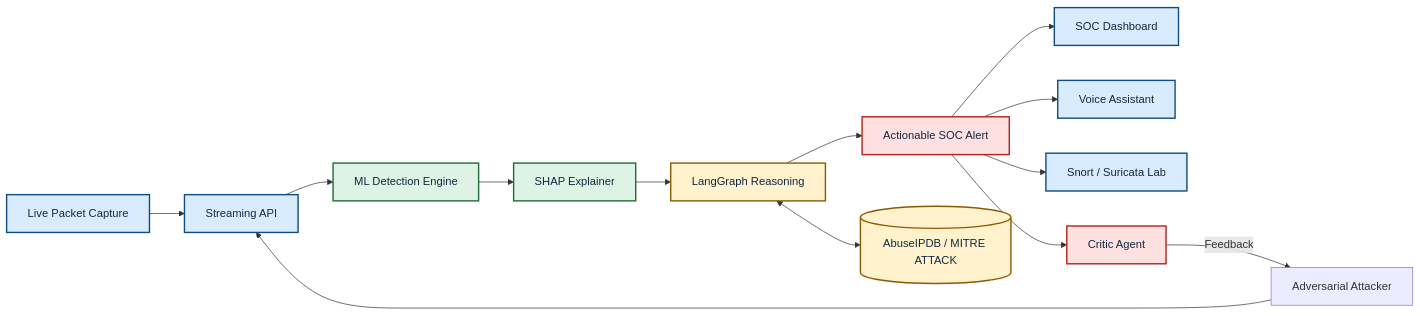
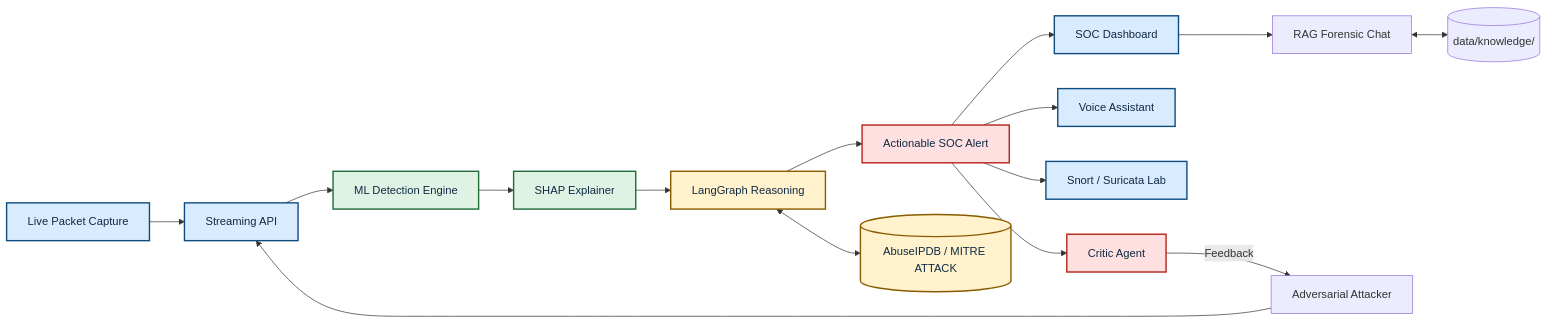
The diagram in README.md (omerfarooq223/shap-agentic-ids), drawn with Mermaid before and after one commit. The commit also changed other lines of this file and 17 other files, not shown here.

First line of the commit message:
feat: enhance forensic chat capabilities with RAG integration and update documentation

````diff
--- a/README.md
+++ b/README.md
@@ -27,29 +27,31 @@
 ```mermaid
 flowchart LR
     Capture[Live Packet Capture] --> Stream[Streaming API]
     RedTeam[Adversarial Attacker] --> Stream
 
     Stream --> Detect[ML Detection Engine]
     Detect --> Explain[SHAP Explainer]
     Explain --> Reason[LangGraph Reasoning]
     Reason --> Alert[Actionable SOC Alert]
 
     Reason <--> Intel[(AbuseIPDB / MITRE ATTACK)]
     Alert --> Dashboard[SOC Dashboard]
+    Dashboard --> Chat[RAG Forensic Chat]
     Alert --> Voice[Voice Assistant]
     Alert --> Lab[Snort / Suricata Lab]
+    Chat <--> KB[(data/knowledge/)]
     Critic[Critic Agent] -->|Feedback| RedTeam
     Alert --> Critic
 
     style Capture fill:#d9ecff,stroke:#0f4c81,stroke-width:2px,color:#102a43
     style Stream fill:#d9ecff,stroke:#0f4c81,stroke-width:2px,color:#102a43
     style Detect fill:#dff3e4,stroke:#1f6b3a,stroke-width:2px,color:#102a43
     style Explain fill:#dff3e4,stroke:#1f6b3a,stroke-width:2px,color:#102a43
     style Reason fill:#fff2cc,stroke:#8a5b00,stroke-width:2px,color:#102a43
     style Alert fill:#ffe0e0,stroke:#b42318,stroke-width:2px,color:#102a43
     style Dashboard fill:#d9ecff,stroke:#0f4c81,stroke-width:2px,color:#102a43
     style Voice fill:#d9ecff,stroke:#0f4c81,stroke-width:2px,color:#102a43
     style Lab fill:#d9ecff,stroke:#0f4c81,stroke-width:2px,color:#102a43
     style Critic fill:#ffe0e0,stroke:#b42318,stroke-width:2px,color:#102a43
     style Intel fill:#fff2cc,stroke:#8a5b00,stroke-width:2px,color:#102a43
 ```
````
